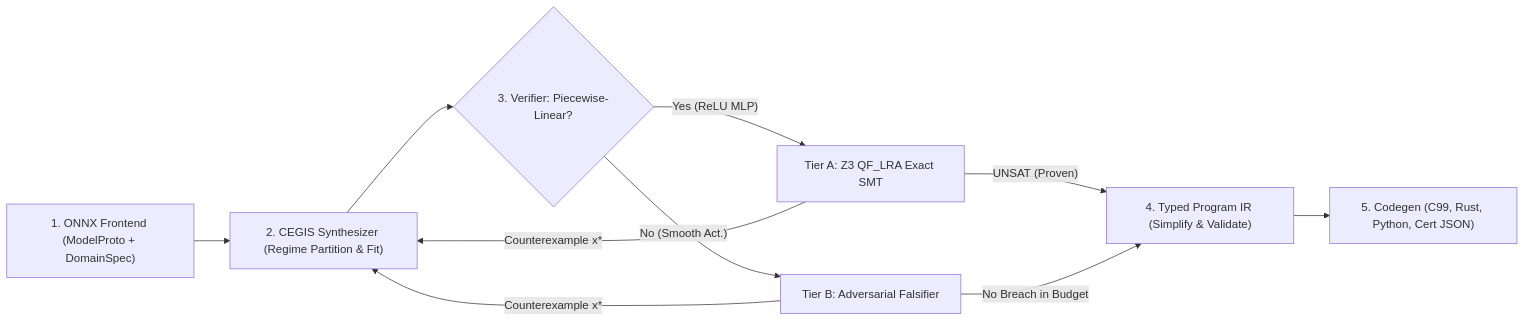
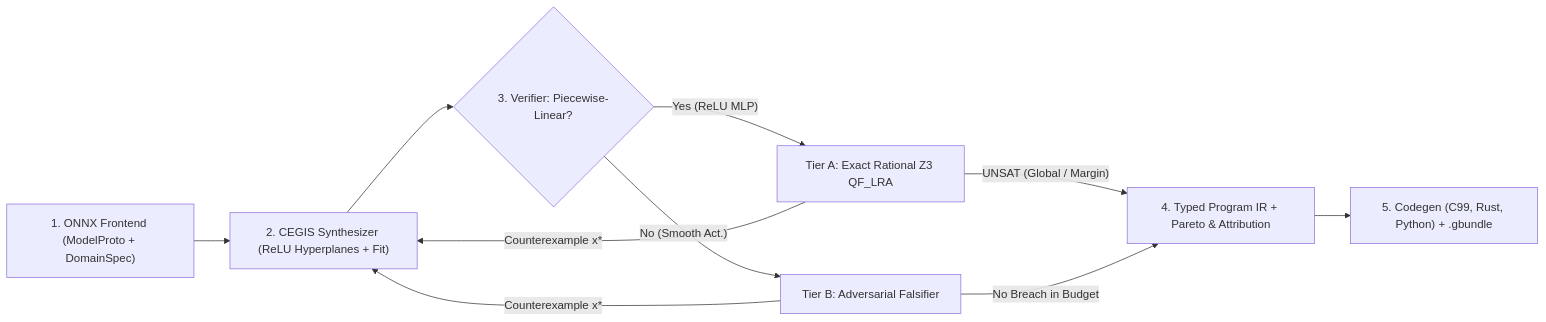
Before and after one commit to Dafenxz0/glassbox: the diagram in docs/ARCHITECTURE.md, drawn with Mermaid. The commit also changed other lines of this file and 467 other files, not shown here.

Commit message:
feat(v0.2.0): exact rational Z3 SMT, reproducible bundles, Pareto explorer, rule-to-neuron attribution, pure-C loop benchmarks, and GitHub Pages web preview

````diff
--- a/docs/ARCHITECTURE.md
+++ b/docs/ARCHITECTURE.md
@@ -7,12 +17,12 @@
 ```mermaid
 flowchart LR
-    A["1. ONNX Frontend (ModelProto + DomainSpec)"] --> B["2. CEGIS Synthesizer (Regime Partition & Fit)"]
+    A["1. ONNX Frontend (ModelProto + DomainSpec)"] --> B["2. CEGIS Synthesizer (ReLU Hyperplanes + Fit)"]
     B --> C{"3. Verifier: Piecewise-Linear?"}
-    C -- "Yes (ReLU MLP)" --> D1["Tier A: Z3 QF_LRA Exact SMT"]
+    C -- "Yes (ReLU MLP)" --> D1["Tier A: Exact Rational Z3 QF_LRA"]
     C -- "No (Smooth Act.)" --> D2["Tier B: Adversarial Falsifier"]
     D1 -- "Counterexample x*" --> B
     D2 -- "Counterexample x*" --> B
-    D1 -- "UNSAT (Proven)" --> E["4. Typed Program IR (Simplify & Validate)"]
+    D1 -- "UNSAT (Global / Margin)" --> E["4. Typed Program IR + Pareto & Attribution"]
     D2 -- "No Breach in Budget" --> E
-    E --> F["5. Codegen (C99, Rust, Python, Cert JSON)"]
+    E --> F["5. Codegen (C99, Rust, Python) + .gbundle"]
 ```
````
